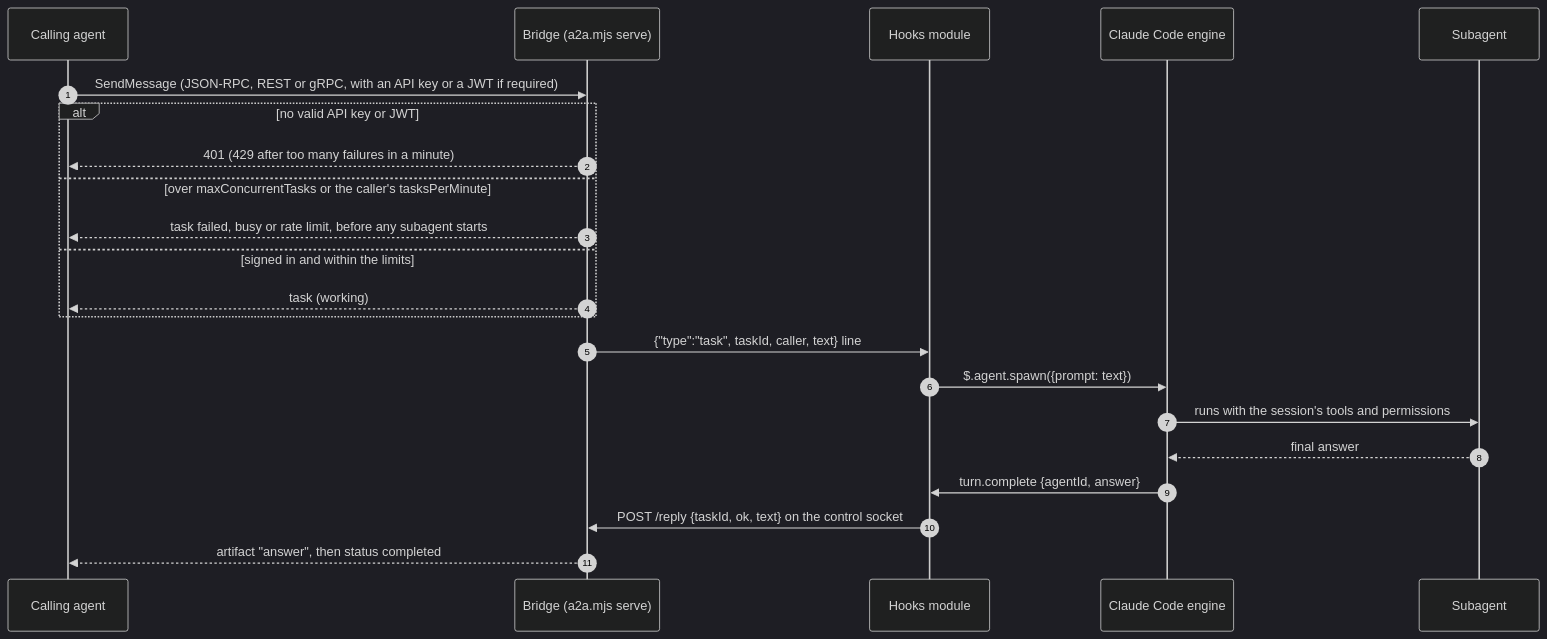
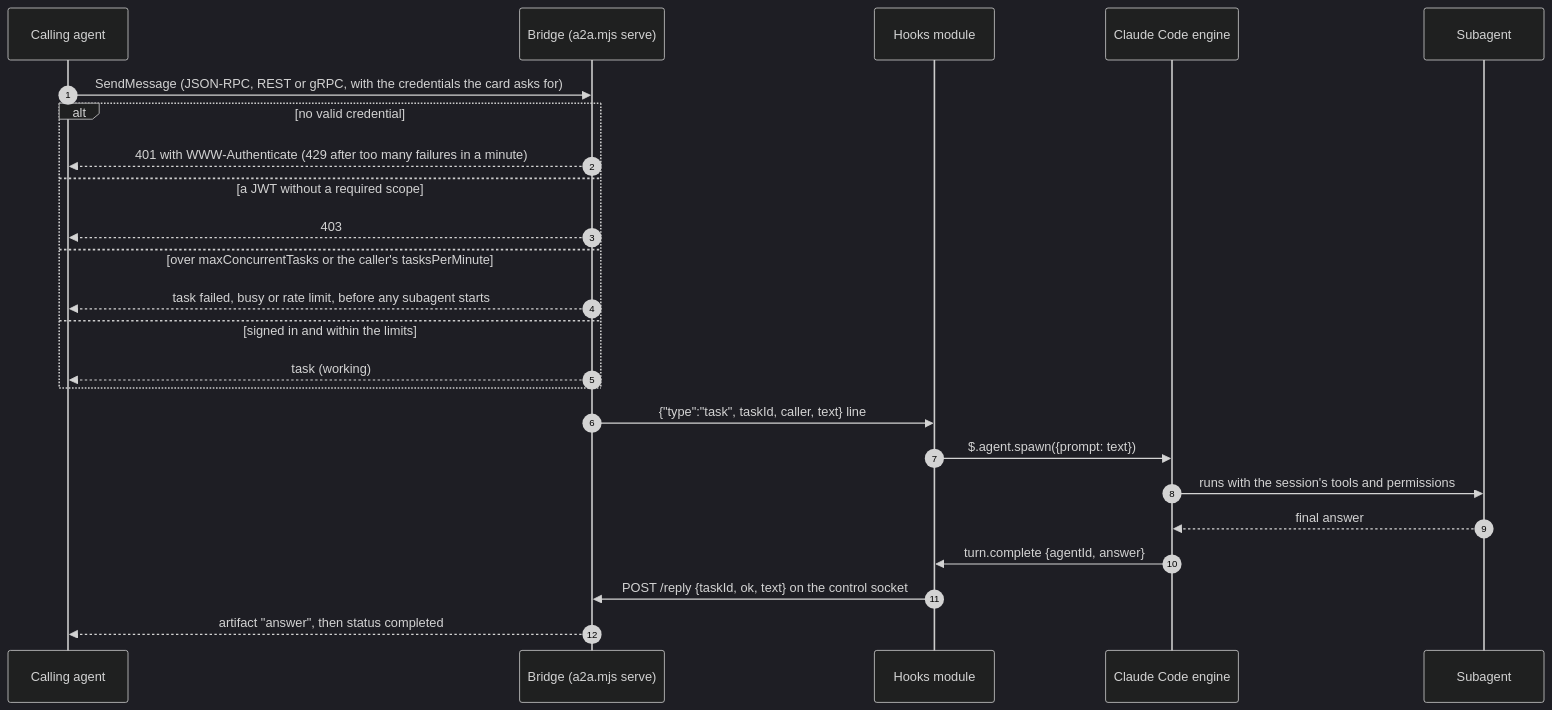
Before and after one commit to fulgas/claude-a2a: the fifth of 6 diagrams in docs/architecture.md, drawn with Mermaid (dark theme). The commit also changed other lines of this file and 18 other files, not shown here.

````diff
--- a/docs/architecture.md
+++ b/docs/architecture.md
@@ -183,25 +189,27 @@
 ```mermaid
 sequenceDiagram
   autonumber
   participant C as Calling agent
   participant B as Bridge (a2a.mjs serve)
   participant P as Hooks module
   participant E as Claude Code engine
   participant S as Subagent
 
-  C->>B: SendMessage (JSON-RPC, REST or gRPC, with an API key or a JWT if required)
-  alt no valid API key or JWT
-    B-->>C: 401 (429 after too many failures in a minute)
+  C->>B: SendMessage (JSON-RPC, REST or gRPC, with the credentials the card asks for)
+  alt no valid credential
+    B-->>C: 401 with WWW-Authenticate (429 after too many failures in a minute)
+  else a JWT without a required scope
+    B-->>C: 403
   else over maxConcurrentTasks or the caller's tasksPerMinute
     B-->>C: task failed, busy or rate limit, before any subagent starts
   else signed in and within the limits
     B-->>C: task (working)
   end
   B->>P: {"type":"task", taskId, caller, text} line
   P->>E: $.agent.spawn({prompt: text})
   E->>S: runs with the session's tools and permissions
   S-->>E: final answer
   E->>P: turn.complete {agentId, answer}
   P->>B: POST /reply {taskId, ok, text} on the control socket
   B-->>C: artifact "answer", then status completed
 ```
````
